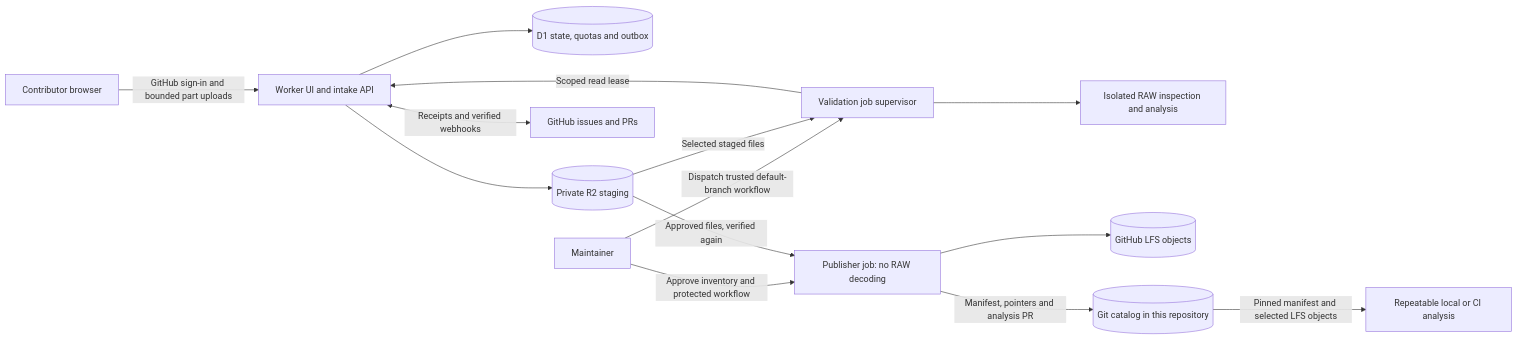
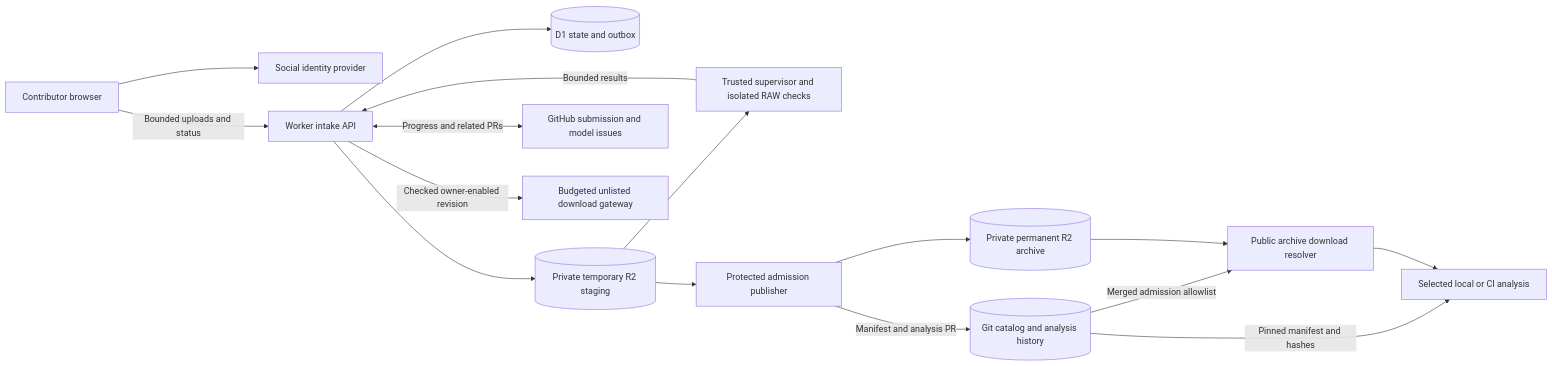
One commit to Niklas-labs/lightroom-pixel-shift-plugin changed the second of 2 diagrams in docs/adr/0001-community-capture-submissions.md. Above: the diagram before and after it, drawn with Mermaid. The commit also changed other lines of this file, not shown here.

Commit message:
docs: revise capture ADR for social identity, R2 archive and bounded early sharing

````diff
--- a/docs/adr/0001-community-capture-submissions.md
+++ b/docs/adr/0001-community-capture-submissions.md
@@ -165,16 +171,18 @@
 ```mermaid
 flowchart LR
-    Browser[Contributor browser] -->|GitHub sign-in and bounded part uploads| Intake[Worker UI and intake API]
-    Intake --> D1[(D1 state, quotas and outbox)]
-    Intake --> R2[(Private R2 staging)]
-    Intake <-->|Receipts and verified webhooks| GH[GitHub issues and PRs]
-    Maintainer[Maintainer] -->|Dispatch trusted default-branch workflow| Validate[Validation job supervisor]
-    Validate -->|Scoped read lease| Intake
-    R2 -->|Selected staged files| Validate
-    Validate --> Sandbox[Isolated RAW inspection and analysis]
-    Maintainer -->|Approve inventory and protected workflow| Publisher[Publisher job: no RAW decoding]
-    R2 -->|Approved files, verified again| Publisher
-    Publisher --> LFS[(GitHub LFS objects)]
-    Publisher -->|Manifest, pointers and analysis PR| Repo[(Git catalog in this repository)]
-    Repo -->|Pinned manifest and selected LFS objects| Analyze[Repeatable local or CI analysis]
+    User[Contributor browser] --> Auth[Social identity provider]
+    User -->|Bounded uploads and status| Intake[Worker intake API]
+    Intake --> DB[(D1 state and outbox)]
+    Intake --> Stage[(Private temporary R2 staging)]
+    Intake <-->|Progress and related PRs| GH[GitHub submission and model issues]
+    Stage --> Validate[Trusted supervisor and isolated RAW checks]
+    Validate -->|Bounded results| Intake
+    Intake -->|Checked owner-enabled revision| Share[Budgeted unlisted download gateway]
+    Stage --> Publisher[Protected admission publisher]
+    Publisher --> Archive[(Private permanent R2 archive)]
+    Publisher -->|Manifest and analysis PR| Git[(Git catalog and analysis history)]
+    Git -->|Merged admission allowlist| Public[Public archive download resolver]
+    Archive --> Public
+    Git -->|Pinned manifest and hashes| Analyze[Selected local or CI analysis]
+    Public --> Analyze
 ```
````
